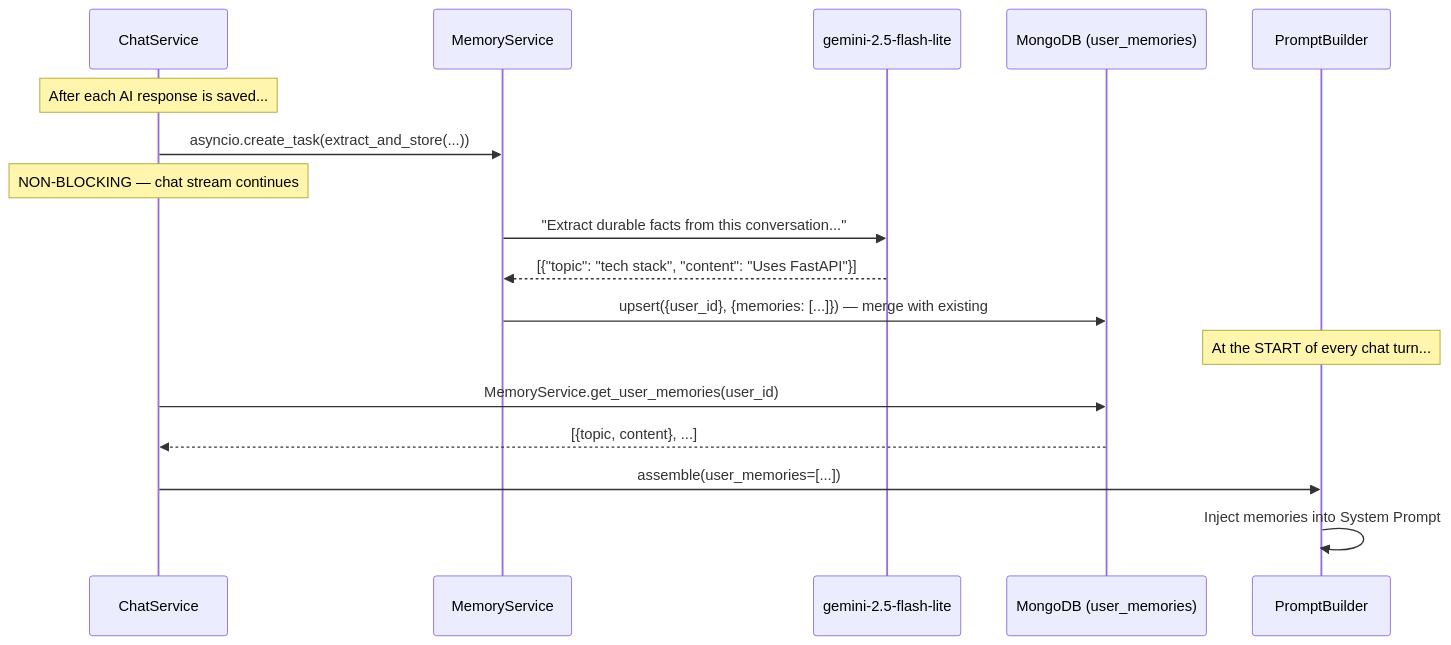
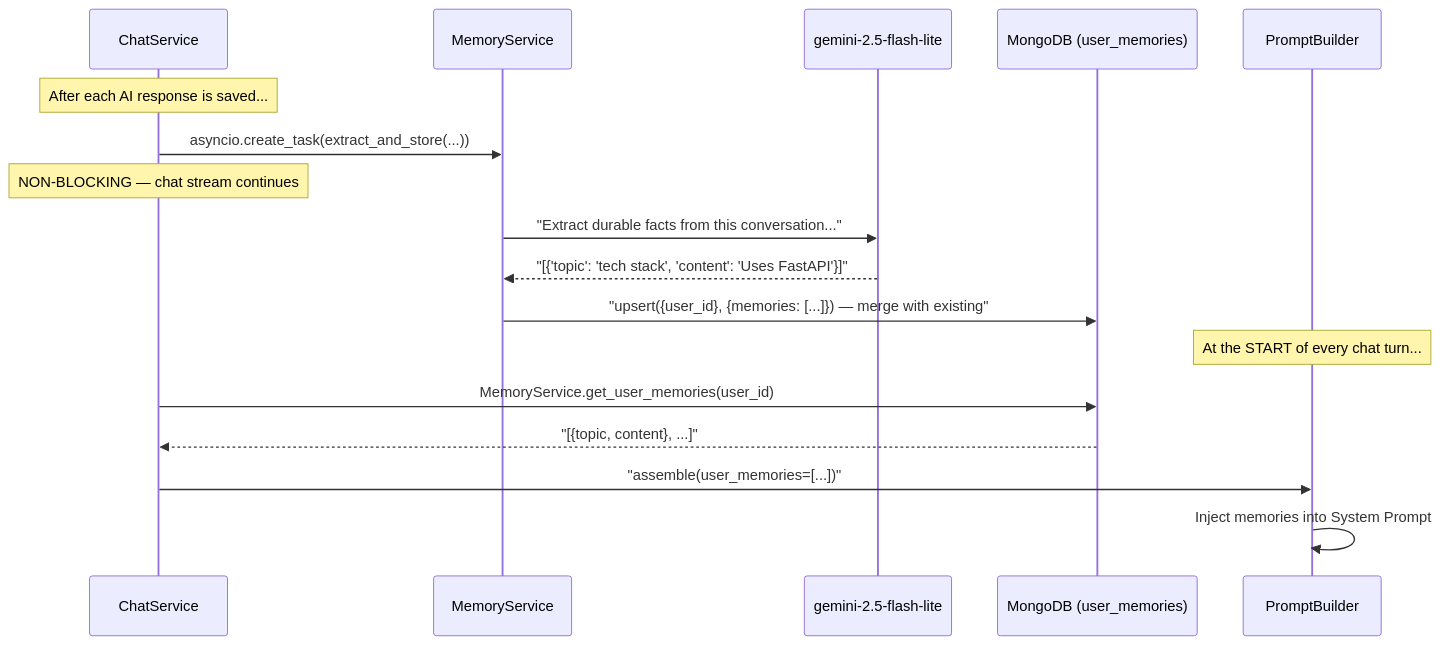
The ninth of 12 diagrams in README.md (ankit-raj00/Chatbot_backend), drawn with Mermaid before and after one commit. The commit also changed other lines of this file, not shown here.

Commit message:
docs: fix mermaid diagrams rendering syntax errors

````diff
--- a/README.md
+++ b/README.md
@@ -582,22 +581,22 @@
 ```mermaid
 sequenceDiagram
     participant CS as ChatService
     participant MS as MemoryService
     participant GEMINI as gemini-2.5-flash-lite
     participant MONGO as MongoDB (user_memories)
     participant PB as PromptBuilder
 
     Note over CS: After each AI response is saved...
     CS->>MS: asyncio.create_task(extract_and_store(...))
     Note over CS: NON-BLOCKING — chat stream continues
 
     MS->>GEMINI: "Extract durable facts from this conversation..."
-    GEMINI-->>MS: [{"topic": "tech stack", "content": "Uses FastAPI"}]
-    MS->>MONGO: upsert({user_id}, {memories: [...]}) — merge with existing
+    GEMINI-->>MS: "[{'topic': 'tech stack', 'content': 'Uses FastAPI'}]"
+    MS->>MONGO: "upsert({user_id}, {memories: [...]}) — merge with existing"
 
     Note over PB: At the START of every chat turn...
     CS->>MONGO: MemoryService.get_user_memories(user_id)
-    MONGO-->>CS: [{topic, content}, ...]
-    CS->>PB: assemble(user_memories=[...])
+    MONGO-->>CS: "[{topic, content}, ...]"
+    CS->>PB: "assemble(user_memories=[...])"
     PB->>PB: Inject memories into System Prompt
 ```
````
